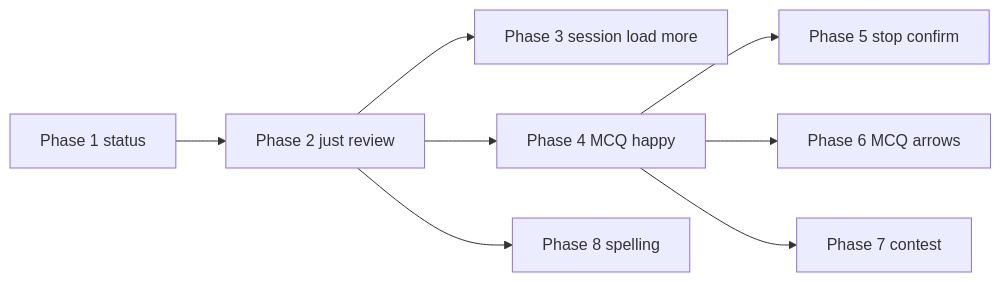
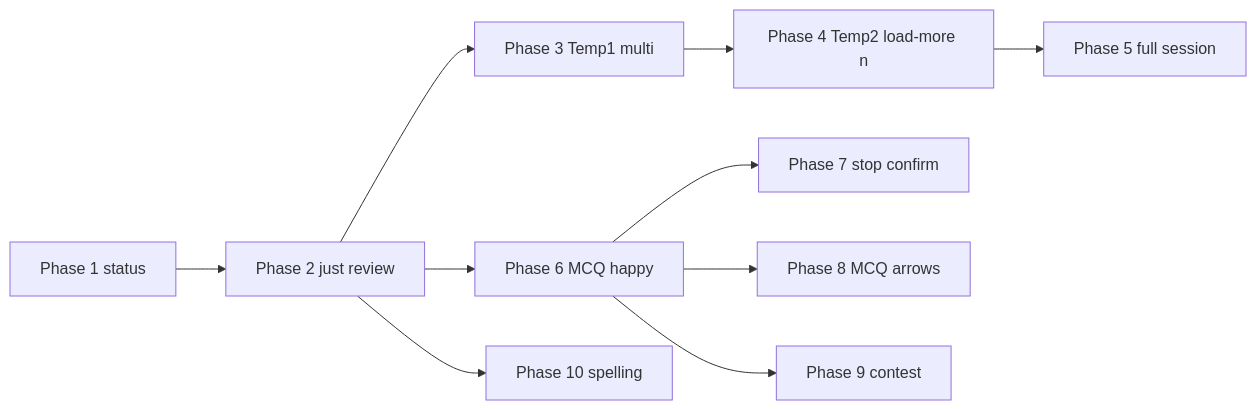
Before and after one commit to nerds-odd-e/doughnut: the diagram in ongoing/cli-recall-revival.md, drawn with Mermaid. The commit also changed other lines of this file and 4 other files, not shown here.

````diff
--- a/ongoing/cli-recall-revival.md
+++ b/ongoing/cli-recall-revival.md
@@ -203,18 +240,22 @@
 ```mermaid
 flowchart LR
   P1[Phase 1 status]
   P2[Phase 2 just review]
-  P3[Phase 3 session load more]
-  P4[Phase 4 MCQ happy]
-  P5[Phase 5 stop confirm]
-  P6[Phase 6 MCQ arrows]
-  P7[Phase 7 contest]
-  P8[Phase 8 spelling]
+  P3[Phase 3 Temp1 multi]
+  P4[Phase 4 Temp2 load-more n]
+  P5[Phase 5 full session]
+  P6[Phase 6 MCQ happy]
+  P7[Phase 7 stop confirm]
+  P8[Phase 8 MCQ arrows]
+  P9[Phase 9 contest]
+  P10[Phase 10 spelling]
   P1 --> P2
   P2 --> P3
-  P2 --> P4
+  P3 --> P4
   P4 --> P5
-  P4 --> P6
-  P4 --> P7
-  P2 --> P8
+  P2 --> P6
+  P6 --> P7
+  P6 --> P8
+  P6 --> P9
+  P2 --> P10
 ```
````
